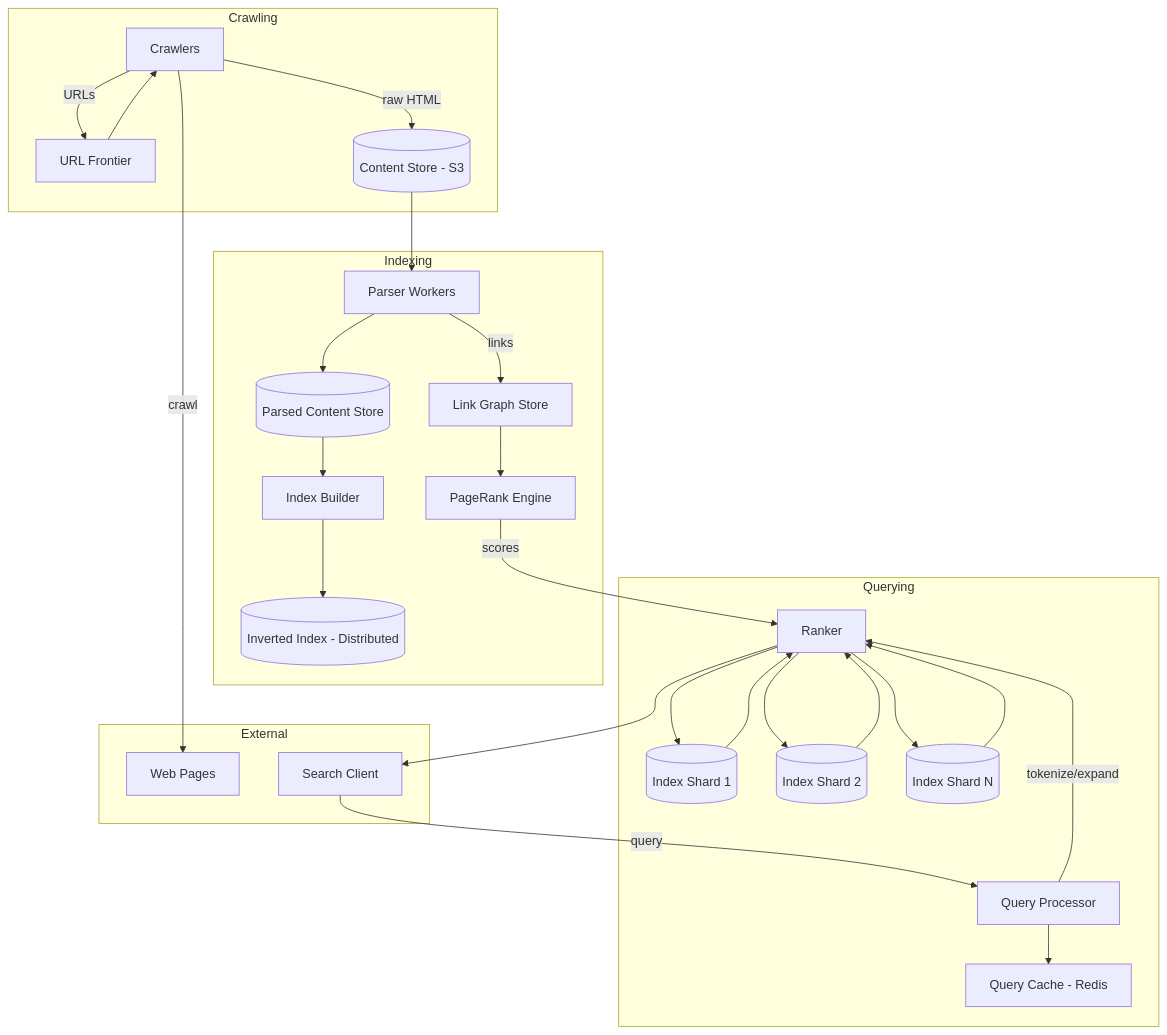
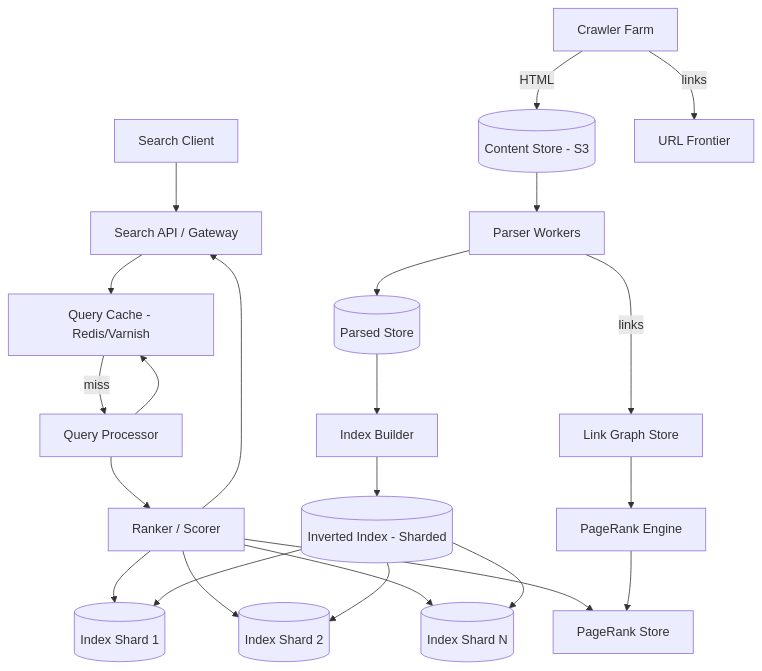
The first of 8 diagrams in docs/system-design/high-level/designing/advanced/search-engine.md (abhishekghoshh/system-design-helper), drawn with Mermaid before and after one commit. The commit also changed other lines of this file and 107 other files, not shown here.

````diff
--- a/docs/system-design/high-level/designing/advanced/search-engine.md
+++ b/docs/system-design/high-level/designing/advanced/search-engine.md
@@ -297,49 +51,25 @@
 ```mermaid
 graph TD
-  subgraph "Crawling"
-    Crawler[Crawlers]
-    Frontier[URL Frontier]
-    ContentStore[(Content Store - S3)]
-  end
-  subgraph "Indexing"
-    Parser[Parser Workers]
-    ParserStore[(Parsed Content Store)]
-    Indexer[Index Builder]
-    IndexStore[(Inverted Index - Distributed)]
-    LinkGraph[Link Graph Store]
-    PageRank[PageRank Engine]
-  end
-  subgraph "Querying"
-    QueryProc[Query Processor]
-    Cache[Query Cache - Redis]
-    Ranker[Ranker]
-    Shard1[(Index Shard 1)]
-    Shard2[(Index Shard 2)]
-    ShardN[(Index Shard N)]
-  end
-  subgraph "External"
-    Web[Web Pages]
-    Client[Search Client]
-  end
-  Crawler -->|crawl| Web
-  Crawler -->|URLs| Frontier
-  Crawler -->|raw HTML| ContentStore
-  Frontier --> Crawler
-  ContentStore --> Parser
-  Parser --> ParserStore
-  Parser -->|links| LinkGraph
-  ParserStore --> Indexer
-  Indexer --> IndexStore
-  LinkGraph --> PageRank
-  PageRank -->|scores| Ranker
-  Client -->|query| QueryProc
-  QueryProc --> Cache
-  QueryProc -->|tokenize/expand| Ranker
-  Ranker --> Shard1
-  Ranker --> Shard2
-  Ranker --> ShardN
-  Shard1 --> Ranker
-  Shard2 --> Ranker
-  ShardN --> Ranker
-  Ranker --> Client
+    Client[Search Client] --> API[Search API / Gateway]
+    API --> Cache[Query Cache - Redis/Varnish]
+    Cache -->|miss| QP[Query Processor]
+    QP --> Ranker[Ranker / Scorer]
+    Ranker --> Shard1[(Index Shard 1)]
+    Ranker --> Shard2[(Index Shard 2)]
+    Ranker --> ShardN[(Index Shard N)]
+    Ranker --> PR[PageRank Store]
+    QP --> Cache
+    Ranker --> API
+    Crawler[Crawler Farm] -->|HTML| CS[(Content Store - S3)]
+    Crawler -->|links| Frontier[URL Frontier]
+    CS --> Parser[Parser Workers]
+    Parser --> ParserStore[(Parsed Store)]
+    Parser -->|links| LinkGraph[Link Graph Store]
+    ParserStore --> Indexer[Index Builder]
+    Indexer --> IndexStore[(Inverted Index - Sharded)]
+    IndexStore --> Shard1
+    IndexStore --> Shard2
+    IndexStore --> ShardN
+    LinkGraph --> PageRank[PageRank Engine]
+    PageRank --> PR
 ```
````
